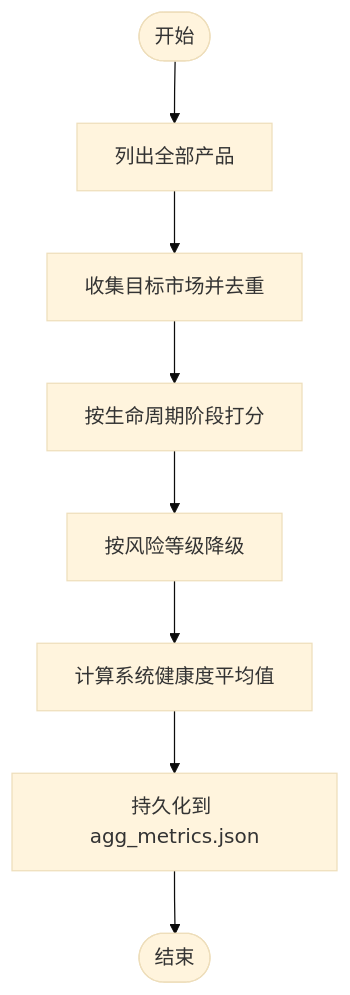
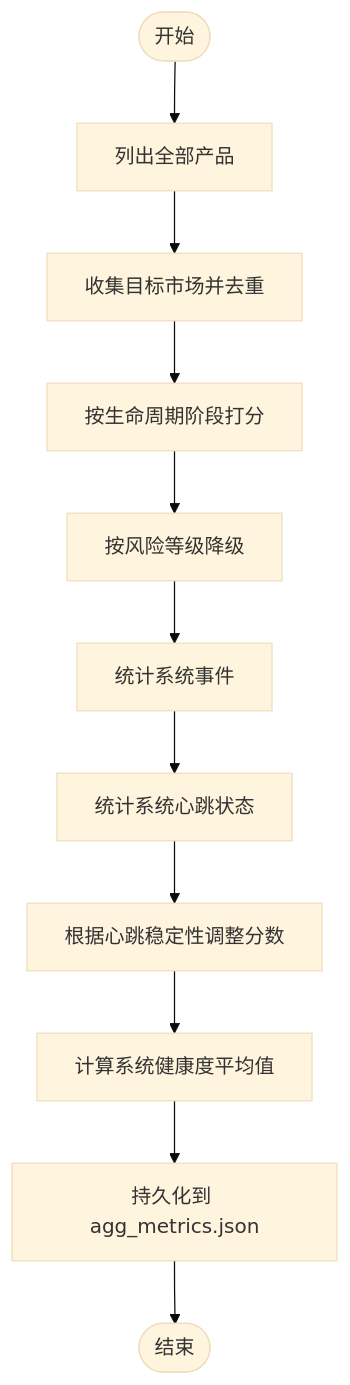
Before and after one commit to angledick/-: the sixth of 10 diagrams in .qoder/repowiki/zh/content/监控与运维/系统健康监控.md, drawn with Mermaid (base theme). The commit also changed other lines of this file and 770 other files, not shown here.

````diff
--- a/.qoder/repowiki/zh/content/监控与运维/系统健康监控.md
+++ b/.qoder/repowiki/zh/content/监控与运维/系统健康监控.md
@@ -235,10 +343,13 @@
 ```mermaid
 flowchart TD
 GStart(["开始"]) --> List["列出全部产品"]
 List --> Cover["收集目标市场并去重"]
 Cover --> Stage["按生命周期阶段打分"]
 Stage --> RiskAdj["按风险等级降级"]
-RiskAdj --> Avg["计算系统健康度平均值"]
+RiskAdj --> EventStats["统计系统事件"]
+EventStats --> HeartbeatStats["统计系统心跳状态"]
+HeartbeatStats --> StabilityAdj["根据心跳稳定性调整分数"]
+StabilityAdj --> Avg["计算系统健康度平均值"]
 Avg --> Persist["持久化到 agg_metrics.json"]
 Persist --> GEnd(["结束"])
 ```
````
